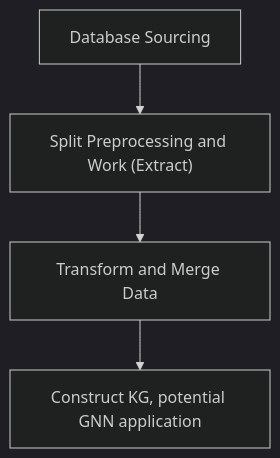
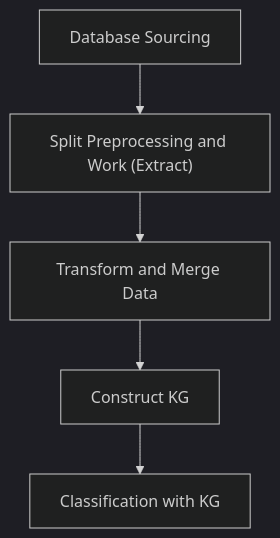
The diagram in README.md (collaborativebioinformatics/Proteomic_Genomic_Cancer_KG), drawn with Mermaid (dark theme) before and after one commit.

Commit message:
Refine flowchart in README for knowledge graph process
Updated the flowchart to clarify the construction of the knowledge graph and added a classification step.

````diff
--- a/README.md
+++ b/README.md
@@ -7,6 +7,7 @@
 ```mermaid
 graph TD;
   A["Database Sourcing"]-->B["Split Preprocessing and Work (Extract)"];
   B-->C["Transform and Merge Data"];
-  C-->D["Construct KG, potential GNN application"]
+  C-->D["Construct KG"];
+  D-->E["Classification with KG"]
 ```
````
